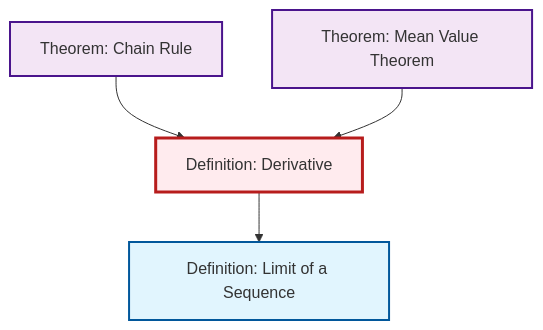
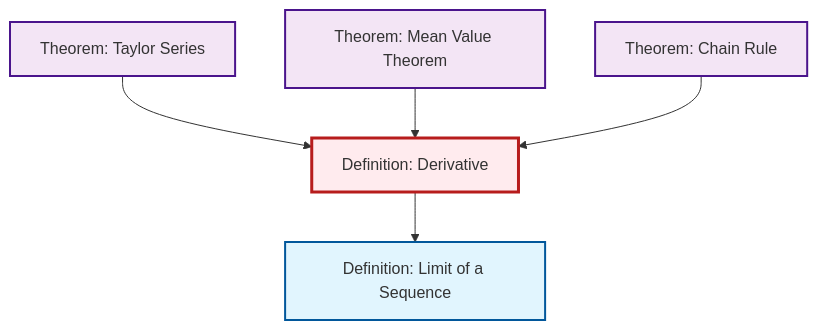
Before and after one commit to RK0429/ModernMath: the second of 2 diagrams in content/ja/analysis/def-derivative.qmd, drawn with Mermaid. The commit also changed 497 other files, not shown here.

````diff
--- a/content/ja/analysis/def-derivative.qmd
+++ b/content/ja/analysis/def-derivative.qmd
@@ -83,20 +83,23 @@
 ```{mermaid}
 %%| fig-cap: "Local dependency graph"
 graph TD
     classDef definition fill:#e1f5fe,stroke:#01579b,stroke-width:2px
     classDef theorem fill:#f3e5f5,stroke:#4a148c,stroke-width:2px
     classDef axiom fill:#fff3e0,stroke:#e65100,stroke-width:2px
     classDef example fill:#e8f5e9,stroke:#1b5e20,stroke-width:2px
     classDef current fill:#ffebee,stroke:#b71c1c,stroke-width:3px
     def-limit["Definition: Limit of a Sequence"]:::definition
+    thm-mean-value["Theorem: Mean Value Theorem"]:::theorem
     def-derivative["Definition: Derivative"]:::definition
     thm-chain-rule["Theorem: Chain Rule"]:::theorem
-    thm-mean-value["Theorem: Mean Value Theorem"]:::theorem
+    thm-taylor-series["Theorem: Taylor Series"]:::theorem
+    thm-taylor-series --> def-derivative
+    thm-mean-value --> def-derivative
+    thm-chain-rule --> def-derivative
     def-derivative --> def-limit
-    thm-chain-rule --> def-derivative
-    thm-mean-value --> def-derivative
     class def-derivative current
     click def-limit "def-limit.html" "Definition: Limit of a Sequenceへ"
+    click thm-mean-value "thm-mean-value.html" "Theorem: Mean Value Theoremへ"
     click thm-chain-rule "thm-chain-rule.html" "Theorem: Chain Ruleへ"
-    click thm-mean-value "thm-mean-value.html" "Theorem: Mean Value Theoremへ"
+    click thm-taylor-series "thm-taylor-series.html" "Theorem: Taylor Seriesへ"
 ```
````
